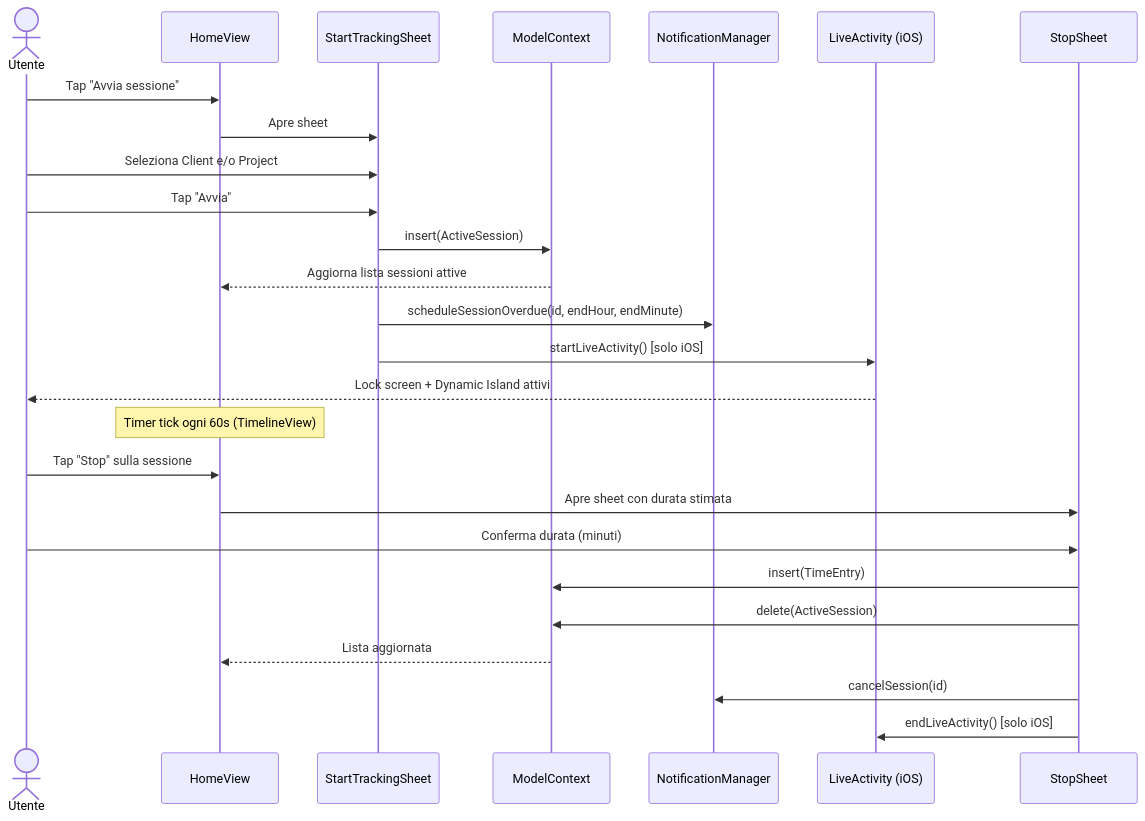
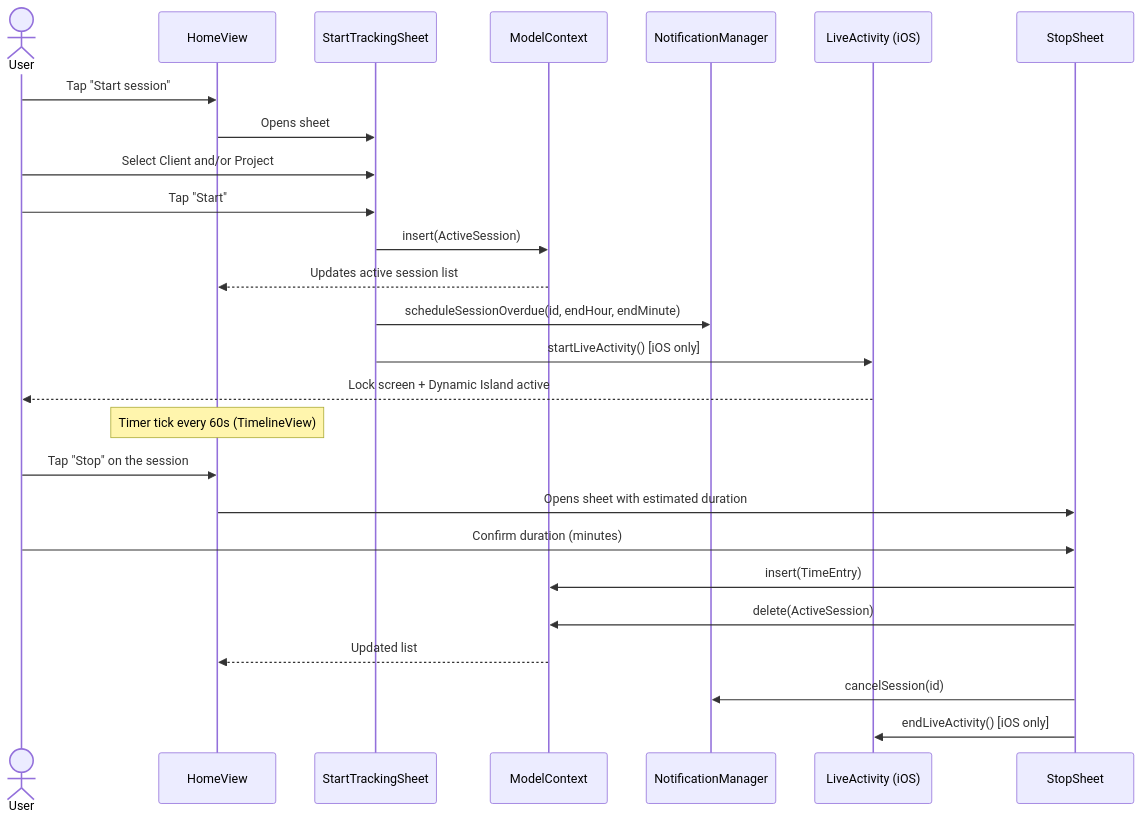
Before and after one commit to albertobarrago/timelog: the first of 10 diagrams in docs/03-flussi.md, drawn with Mermaid. The commit also changed other lines of this file and 12 other files, not shown here.

````diff
--- a/docs/03-flussi.md
+++ b/docs/03-flussi.md
@@ -5,30 +5,30 @@
 ```mermaid
 sequenceDiagram
-    actor U as Utente
+    actor U as User
     participant V as HomeView
     participant SS as StartTrackingSheet
     participant CTX as ModelContext
     participant NM as NotificationManager
     participant LA as LiveActivity (iOS)
 
-    U->>V: Tap "Avvia sessione"
-    V->>SS: Apre sheet
-    U->>SS: Seleziona Client e/o Project
-    U->>SS: Tap "Avvia"
+    U->>V: Tap "Start session"
+    V->>SS: Opens sheet
+    U->>SS: Select Client and/or Project
+    U->>SS: Tap "Start"
     SS->>CTX: insert(ActiveSession)
-    CTX-->>V: Aggiorna lista sessioni attive
+    CTX-->>V: Updates active session list
     SS->>NM: scheduleSessionOverdue(id, endHour, endMinute)
-    SS->>LA: startLiveActivity() [solo iOS]
-    LA-->>U: Lock screen + Dynamic Island attivi
+    SS->>LA: startLiveActivity() [iOS only]
+    LA-->>U: Lock screen + Dynamic Island active
 
-    Note over V: Timer tick ogni 60s (TimelineView)
+    Note over V: Timer tick every 60s (TimelineView)
 
-    U->>V: Tap "Stop" sulla sessione
-    V->>StopSheet: Apre sheet con durata stimata
-    U->>StopSheet: Conferma durata (minuti)
+    U->>V: Tap "Stop" on the session
+    V->>StopSheet: Opens sheet with estimated duration
+    U->>StopSheet: Confirm duration (minutes)
     StopSheet->>CTX: insert(TimeEntry)
     StopSheet->>CTX: delete(ActiveSession)
-    CTX-->>V: Lista aggiornata
+    CTX-->>V: Updated list
     StopSheet->>NM: cancelSession(id)
-    StopSheet->>LA: endLiveActivity() [solo iOS]
+    StopSheet->>LA: endLiveActivity() [iOS only]
 ```
````
